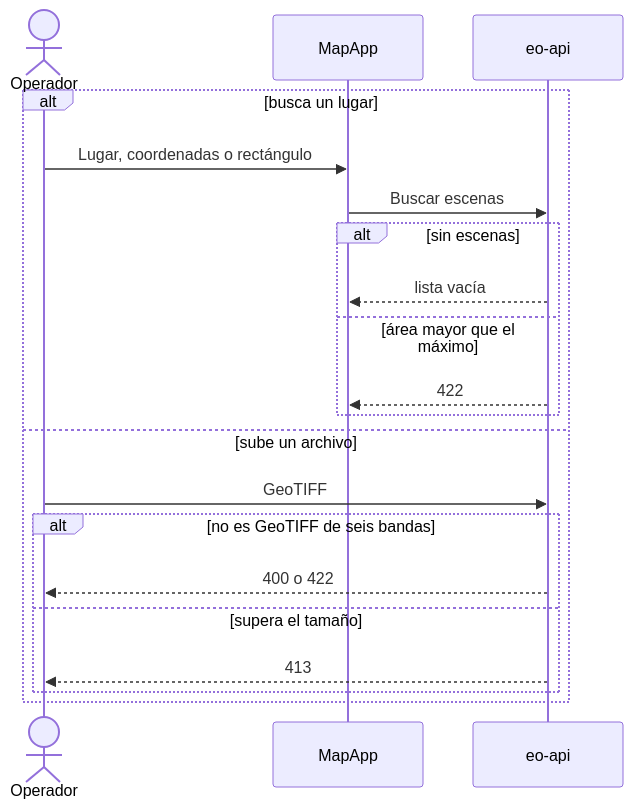
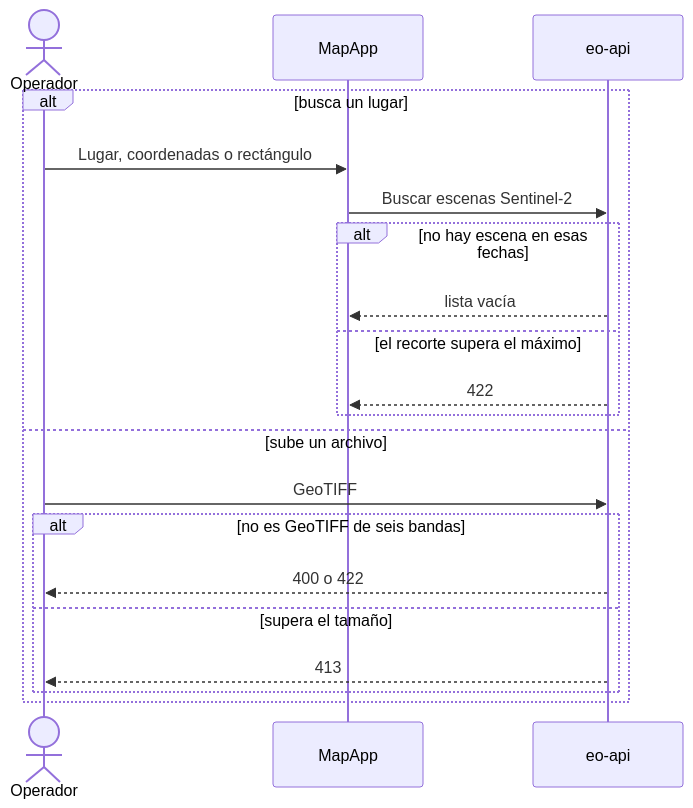
Before and after one commit to Charlsz/Tune: the fourth of 6 diagrams in docs/InformeFinal.md, drawn with Mermaid. The commit also changed other lines of this file, not shown here.

Commit message:
Align final-report architecture diagrams with source Mermaid files.

````diff
--- a/docs/InformeFinal.md
+++ b/docs/InformeFinal.md
@@ -218,22 +283,23 @@
 ```mermaid
 sequenceDiagram
   actor Op as Operador
   participant UI as MapApp
   participant API as eo-api
+
   alt busca un lugar
     Op->>UI: Lugar, coordenadas o rectángulo
-    UI->>API: Buscar escenas
-    alt sin escenas
+    UI->>API: Buscar escenas Sentinel-2
+    alt no hay escena en esas fechas
       API-->>UI: lista vacía
-    else área mayor que el máximo
+    else el recorte supera el máximo
       API-->>UI: 422
     end
   else sube un archivo
     Op->>API: GeoTIFF
     alt no es GeoTIFF de seis bandas
       API-->>Op: 400 o 422
     else supera el tamaño
       API-->>Op: 413
     end
   end
 ```
````
